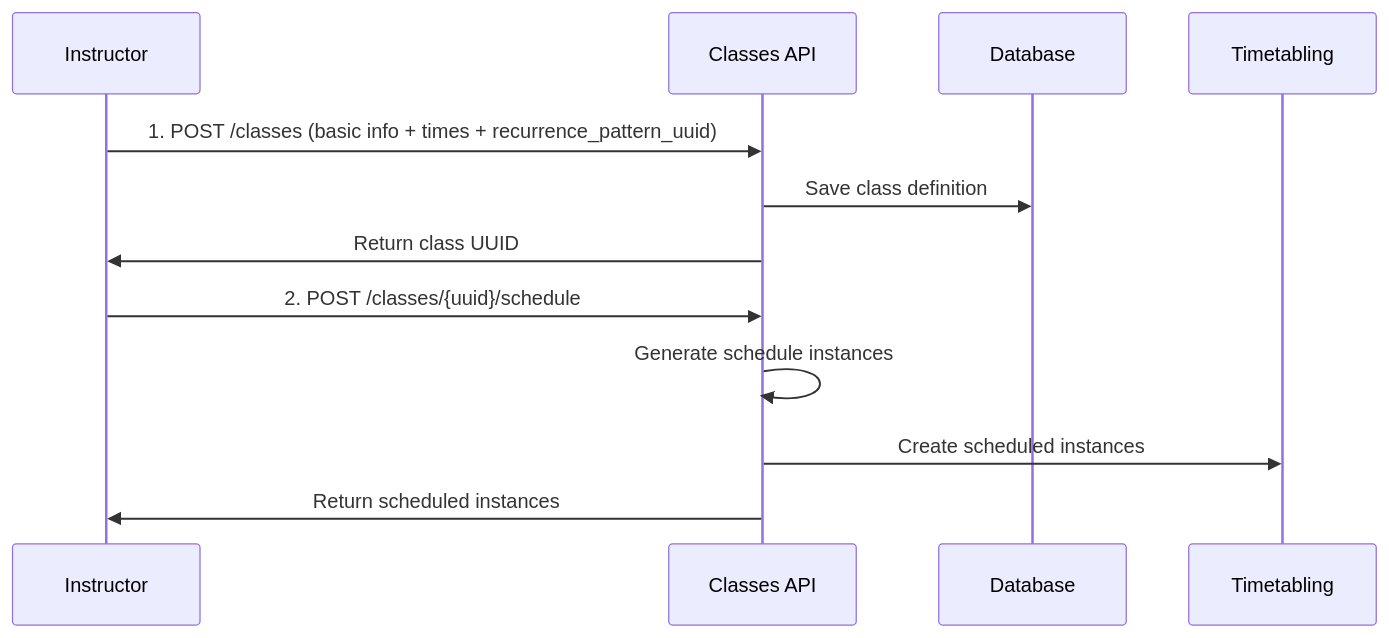
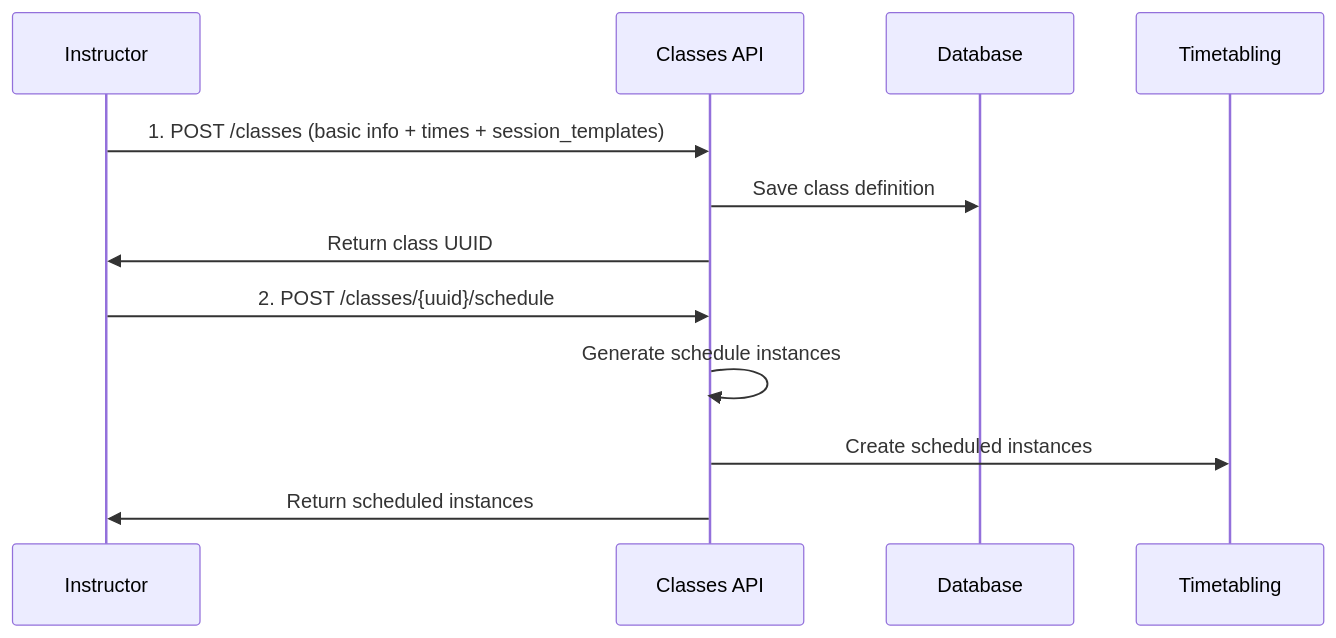
The second of 5 diagrams in docs/guides/ClassDefinitionsManagementGuide.md (sarafrika/elimika), drawn with Mermaid before and after one commit. The commit also changed other lines of this file and 17 other files, not shown here.

Commit message:
chore: drop unused recurrence pattern artifacts

````diff
--- a/docs/guides/ClassDefinitionsManagementGuide.md
+++ b/docs/guides/ClassDefinitionsManagementGuide.md
@@ -44,16 +44,16 @@
 ```mermaid
 sequenceDiagram
     participant I as Instructor
     participant API as Classes API
     participant DB as Database
     participant T as Timetabling
 
-    I->>API: 1. POST /classes (basic info + times + recurrence_pattern_uuid)
+    I->>API: 1. POST /classes (basic info + times + session_templates)
     API->>DB: Save class definition
     API->>I: Return class UUID
 
     I->>API: 2. POST /classes/{uuid}/schedule
     API->>API: Generate schedule instances
     API->>T: Create scheduled instances
     API->>I: Return scheduled instances
 ```
````
